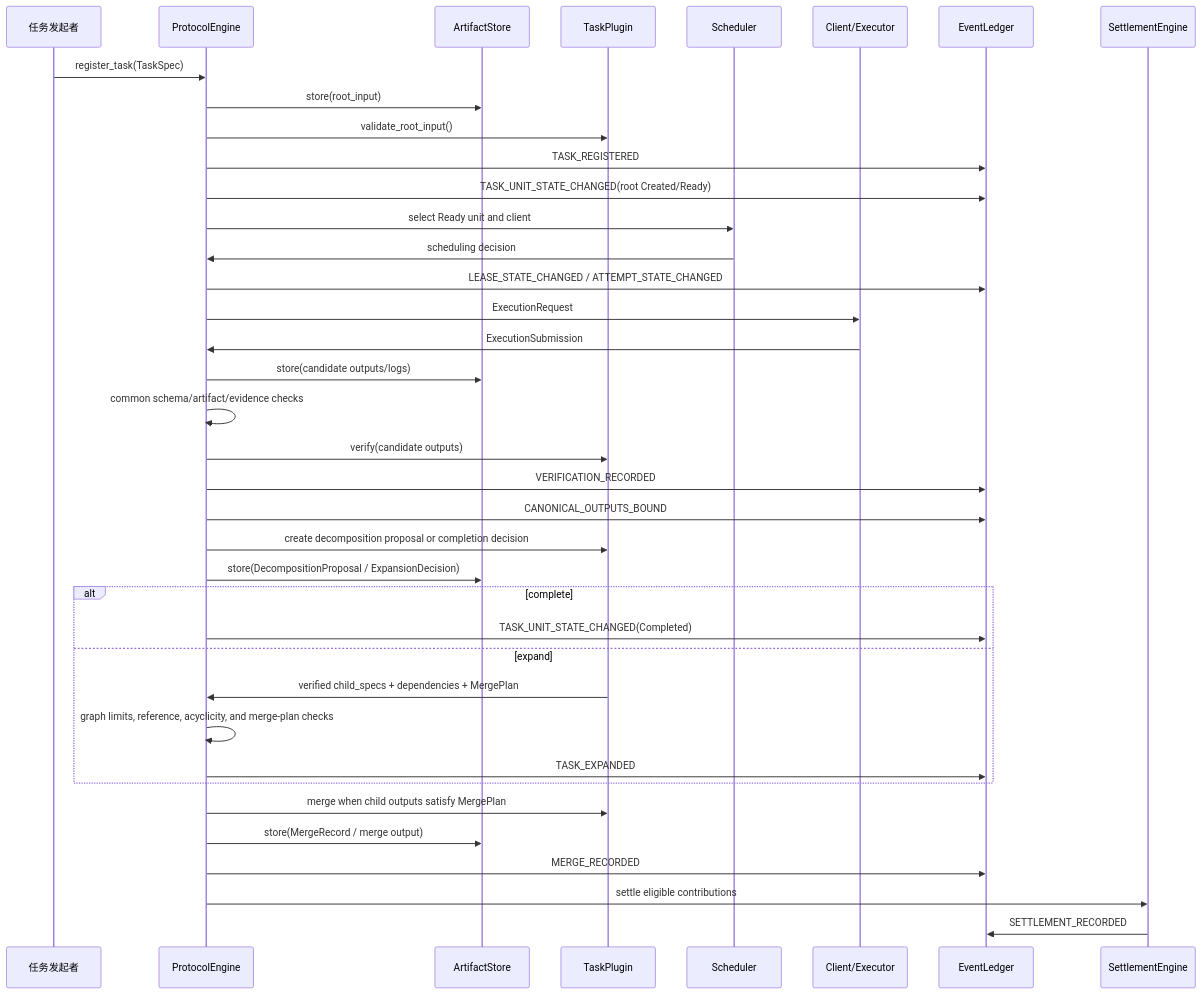
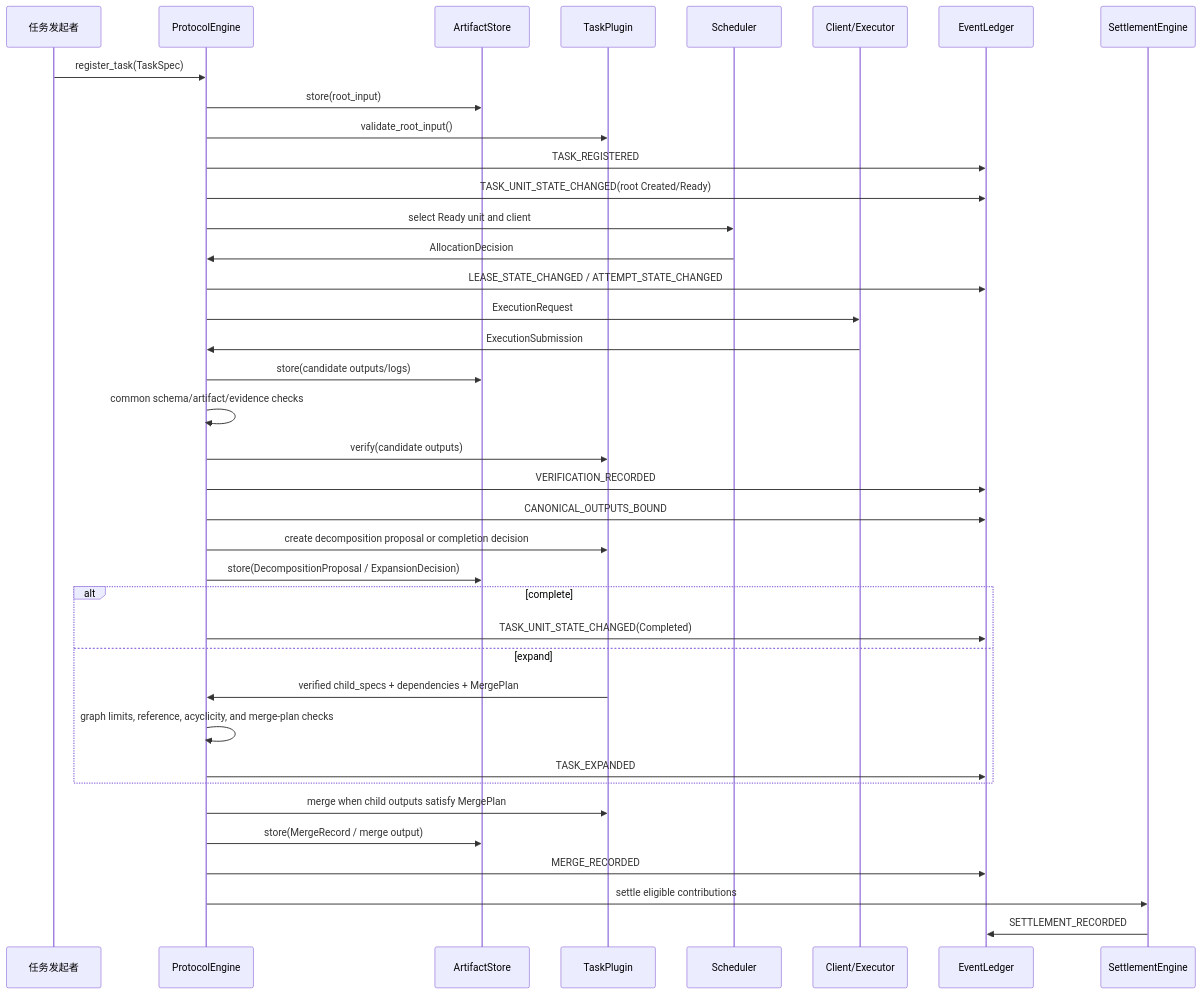
The second of 2 diagrams in Doc/TechnicalDocument/2026-06-03-tokenshare-protocol-technical-design.md (BriasedTu/TokenShare), drawn with Mermaid before and after one commit. The commit also changed other lines of this file and 34 other files, not shown here.

````diff
--- a/Doc/TechnicalDocument/2026-06-03-tokenshare-protocol-technical-design.md
+++ b/Doc/TechnicalDocument/2026-06-03-tokenshare-protocol-technical-design.md
@@ -237,41 +287,41 @@
 ```mermaid
 sequenceDiagram
     participant U as 任务发起者
     participant E as ProtocolEngine
     participant A as ArtifactStore
     participant P as TaskPlugin
     participant S as Scheduler
     participant C as Client/Executor
     participant L as EventLedger
     participant M as SettlementEngine
 
     U->>E: register_task(TaskSpec)
     E->>A: store(root_input)
     E->>P: validate_root_input()
     E->>L: TASK_REGISTERED
     E->>L: TASK_UNIT_STATE_CHANGED(root Created/Ready)
     E->>S: select Ready unit and client
-    S->>E: scheduling decision
+    S->>E: AllocationDecision
     E->>L: LEASE_STATE_CHANGED / ATTEMPT_STATE_CHANGED
     E->>C: ExecutionRequest
     C->>E: ExecutionSubmission
     E->>A: store(candidate outputs/logs)
     E->>E: common schema/artifact/evidence checks
     E->>P: verify(candidate outputs)
     E->>L: VERIFICATION_RECORDED
     E->>L: CANONICAL_OUTPUTS_BOUND
     E->>P: create decomposition proposal or completion decision
     E->>A: store(DecompositionProposal / ExpansionDecision)
     alt complete
         E->>L: TASK_UNIT_STATE_CHANGED(Completed)
     else expand
         P->>E: verified child_specs + dependencies + MergePlan
         E->>E: graph limits, reference, acyclicity, and merge-plan checks
         E->>L: TASK_EXPANDED
     end
     E->>P: merge when child outputs satisfy MergePlan
     E->>A: store(MergeRecord / merge output)
     E->>L: MERGE_RECORDED
     E->>M: settle eligible contributions
     M->>L: SETTLEMENT_RECORDED
 ```
````
